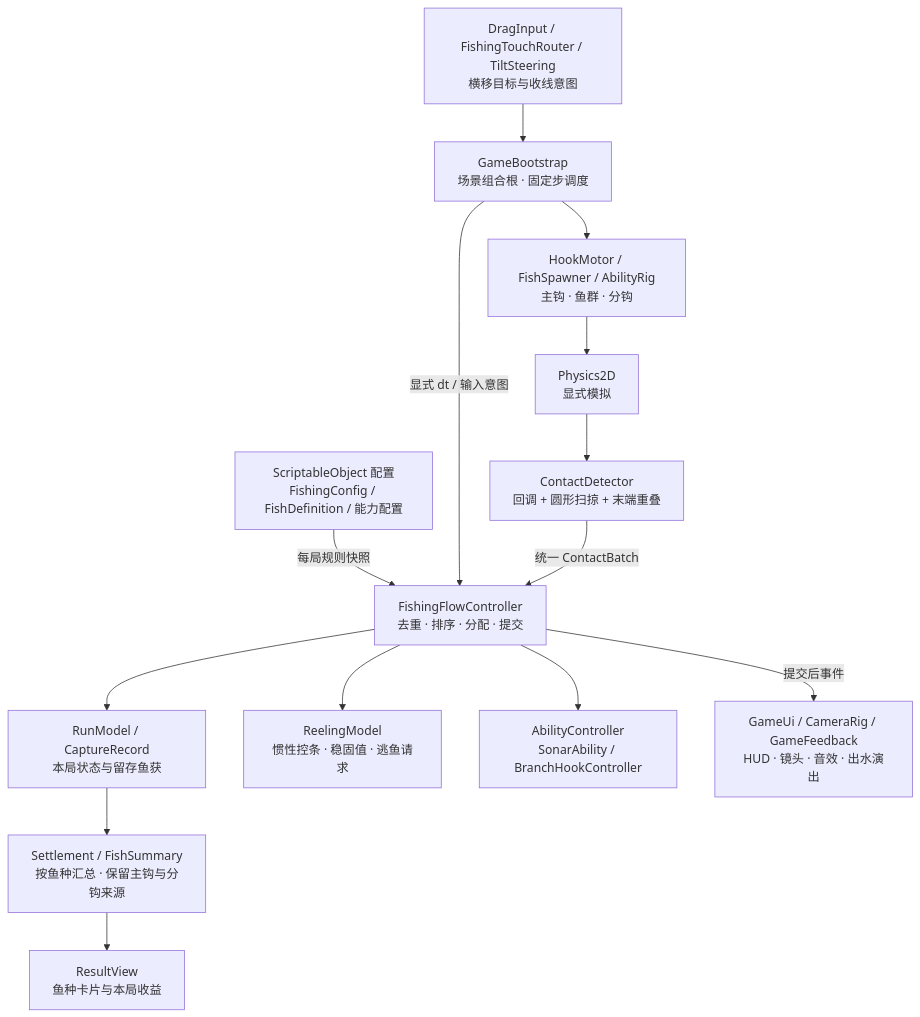
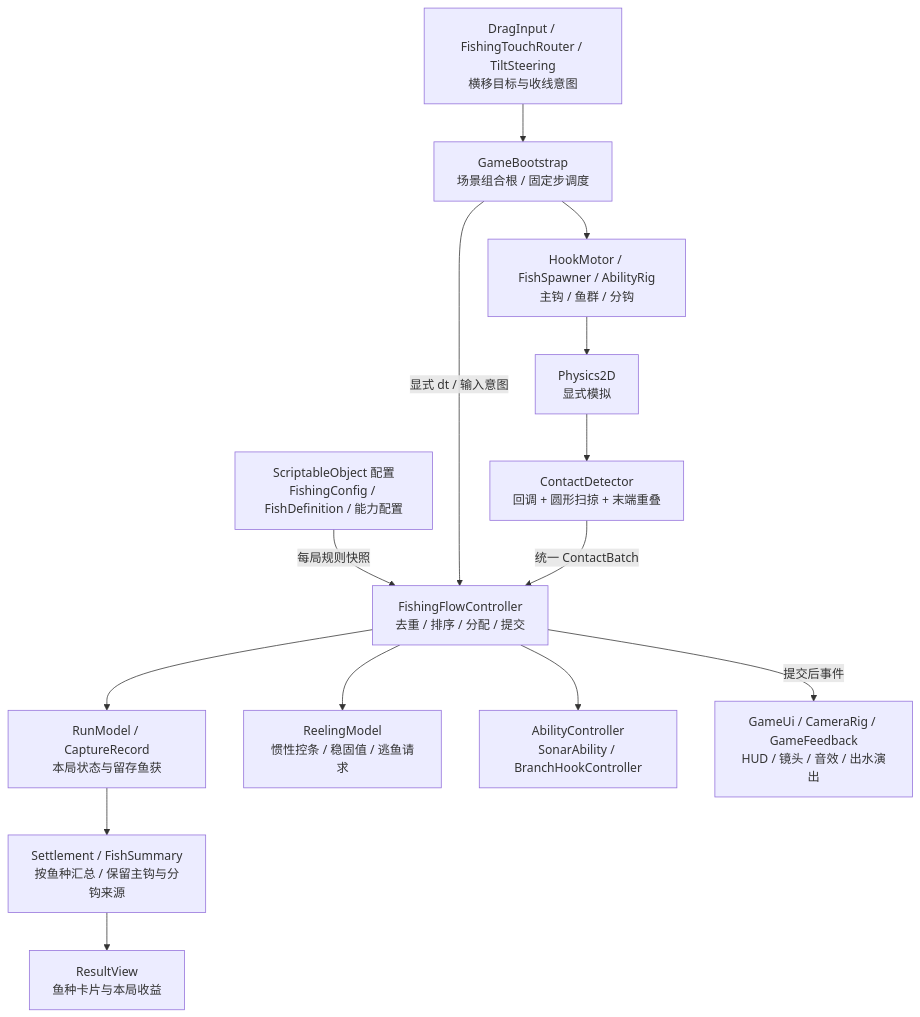
One commit to Huaazii/Fishrise changed the second of 4 diagrams in Docs/Portfolio/Architecture.md. Above: the diagram before and after it, drawn with Mermaid. The commit also changed other lines of this file and 17 other files, not shown here.

````diff
--- a/Docs/Portfolio/Architecture.md
+++ b/Docs/Portfolio/Architecture.md
@@ -28,16 +25,16 @@
 ```mermaid
 flowchart TB
     SO["ScriptableObject 配置<br/>FishingConfig / FishDefinition / 能力配置"] -->|每局规则快照| Flow
     Input["DragInput / FishingTouchRouter / TiltSteering<br/>横移目标与收线意图"] --> Boot
-    Boot["GameBootstrap<br/>场景组合根 · 固定步调度"] -->|显式 dt / 输入意图| Flow
-    Boot --> World["HookMotor / FishSpawner / AbilityRig<br/>主钩 · 鱼群 · 分钩"]
+    Boot["GameBootstrap<br/>场景组合根 / 固定步调度"] -->|显式 dt / 输入意图| Flow
+    Boot --> World["HookMotor / FishSpawner / AbilityRig<br/>主钩 / 鱼群 / 分钩"]
     World --> Physics["Physics2D<br/>显式模拟"]
     Physics --> Contacts["ContactDetector<br/>回调 + 圆形扫掠 + 末端重叠"]
-    Contacts -->|统一 ContactBatch| Flow["FishingFlowController<br/>去重 · 排序 · 分配 · 提交"]
+    Contacts -->|统一 ContactBatch| Flow["FishingFlowController<br/>去重 / 排序 / 分配 / 提交"]
     Flow --> Model["RunModel / CaptureRecord<br/>本局状态与留存鱼获"]
-    Flow --> Reel["ReelingModel<br/>惯性控条 · 稳固值 · 逃鱼请求"]
+    Flow --> Reel["ReelingModel<br/>惯性控条 / 稳固值 / 逃鱼请求"]
     Flow --> Skills["AbilityController<br/>SonarAbility / BranchHookController"]
-    Flow -->|提交后事件| Views["GameUi / CameraRig / GameFeedback<br/>HUD · 镜头 · 音效 · 出水演出"]
-    Model --> Settlement["Settlement / FishSummary<br/>按鱼种汇总 · 保留主钩与分钩来源"]
+    Flow -->|提交后事件| Views["GameUi / CameraRig / GameFeedback<br/>HUD / 镜头 / 音效 / 出水演出"]
+    Model --> Settlement["Settlement / FishSummary<br/>按鱼种汇总 / 保留主钩与分钩来源"]
     Settlement --> Result["ResultView<br/>鱼种卡片与本局收益"]
 ```
````
